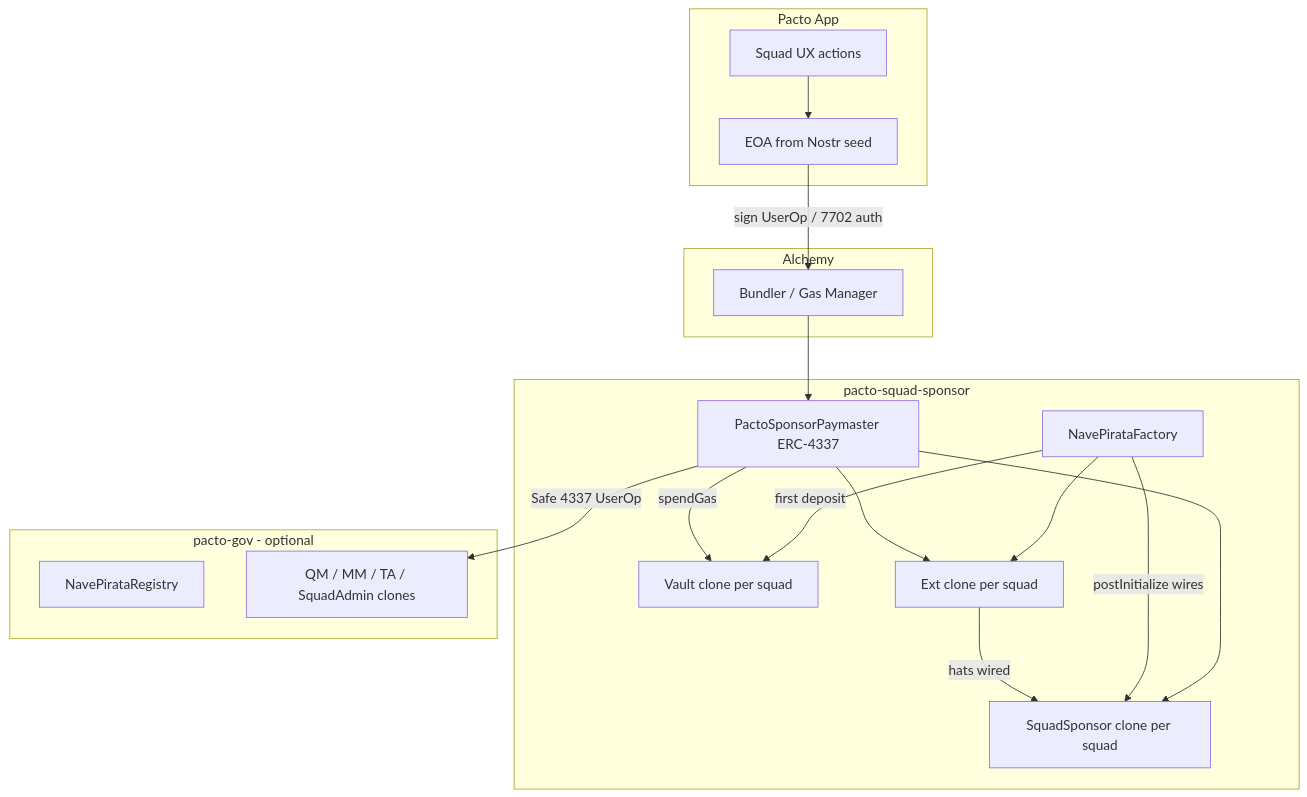
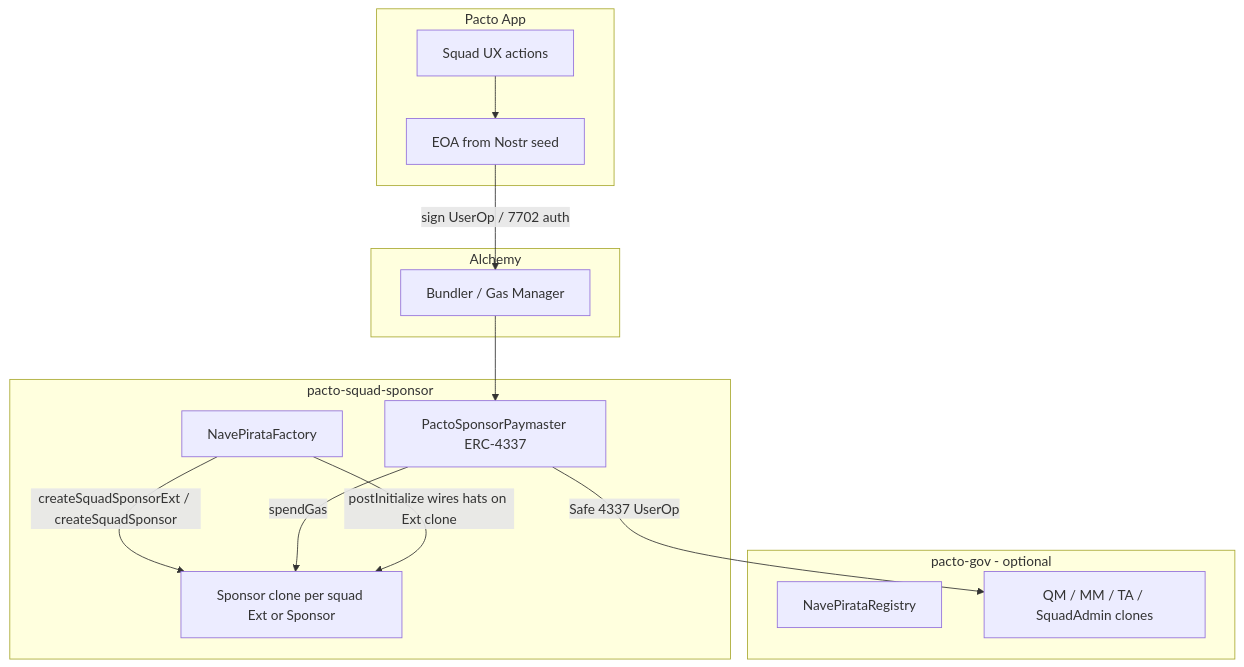
One commit to covenant-gov/pacto-squad-sponsor changed the second of 2 diagrams in docs/TECH_SPEC.md. Above: the diagram before and after it, drawn with Mermaid. The commit also changed other lines of this file and 21 other files, not shown here.

Commit message:
refactor: deploy sequence

````diff
--- a/docs/TECH_SPEC.md
+++ b/docs/TECH_SPEC.md
@@ -158,37 +158,31 @@
 ```mermaid
 flowchart TB
   subgraph app [Pacto App]
     Keys[EOA from Nostr seed]
     UX[Squad UX actions]
   end
 
   subgraph sponsor [pacto-squad-sponsor]
     Factory[SquadSponsorFactory]
-    VaultClone[Vault clone per squad]
-    ExtClone[Ext clone per squad]
-    BaseClone[SquadSponsor clone per squad]
+    SponsorClone[Sponsor clone per squad Ext or Sponsor]
     PM[PactoSponsorPaymaster ERC-4337]
   end
 
   subgraph gov [pacto-gov - optional]
     Reg[NavePirataRegistry]
     Factory[NavePirataFactory]
     Mods[QM / MM / TA / SquadAdmin clones]
   end
 
   subgraph relay [Alchemy]
     Bundler[Bundler / Gas Manager]
   end
 
   UX --> Keys
   Keys -->|sign UserOp / 7702 auth| Bundler
   Bundler --> PM
-  Factory -->|first deposit| VaultClone
-  Factory --> ExtClone
-  PM -->|spendGas| VaultClone
-  PM --> ExtClone
-  PM --> BaseClone
-  Factory -->|postInitialize wires| BaseClone
-  ExtClone -->|hats wired| BaseClone
+  Factory -->|createSquadSponsorExt / createSquadSponsor| SponsorClone
+  PM -->|spendGas| SponsorClone
+  Factory -->|postInitialize wires hats on Ext clone| SponsorClone
   PM -->|Safe 4337 UserOp| Mods
 ```
````
